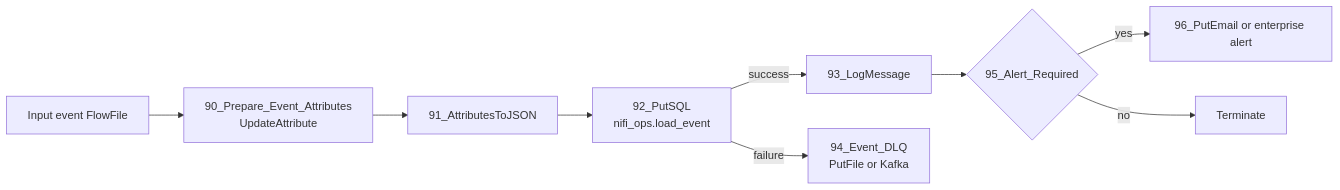
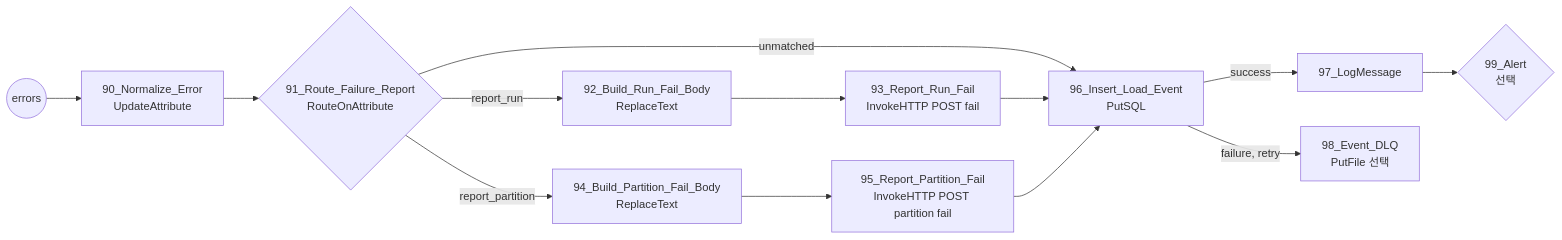
One commit to DataDynamics/nifi-sqoop-removal changed diagram 12 of 13 in nifi-sqoop-removal-guide.md. Above: the diagram before and after it, drawn with Mermaid. The commit also changed other lines of this file and 2 other files, not shown here.

````diff
--- a/nifi-sqoop-removal-guide.md
+++ b/nifi-sqoop-removal-guide.md
@@ -1474,11 +1533,14 @@
 ```mermaid
 flowchart LR
-    I[Input event FlowFile] --> P[90_Prepare_Event_Attributes<br/>UpdateAttribute]
-    P --> A[91_AttributesToJSON]
-    A --> B[92_PutSQL<br/>nifi_ops.load_event]
-    B -->|success| C[93_LogMessage]
-    B -->|failure| D[94_Event_DLQ<br/>PutFile or Kafka]
-    C --> E{95_Alert_Required}
-    E -->|yes| F[96_PutEmail or enterprise alert]
-    E -->|no| T[Terminate]
+    I((errors)) --> N[90_Normalize_Error<br/>UpdateAttribute]
+    N --> R{91_Route_Failure_Report<br/>RouteOnAttribute}
+    R -->|report_run| RB[92_Build_Run_Fail_Body<br/>ReplaceText]
+    RB --> RI[93_Report_Run_Fail<br/>InvokeHTTP POST fail]
+    R -->|report_partition| PB[94_Build_Partition_Fail_Body<br/>ReplaceText]
+    PB --> PI[95_Report_Partition_Fail<br/>InvokeHTTP POST partition fail]
+    R -->|unmatched| EV[96_Insert_Load_Event<br/>PutSQL]
+    RI & PI --> EV
+    EV -->|success| L[97_LogMessage]
+    EV -->|failure, retry| D[98_Event_DLQ<br/>PutFile 선택]
+    L --> AL{99_Alert<br/>선택}
 ```
````
